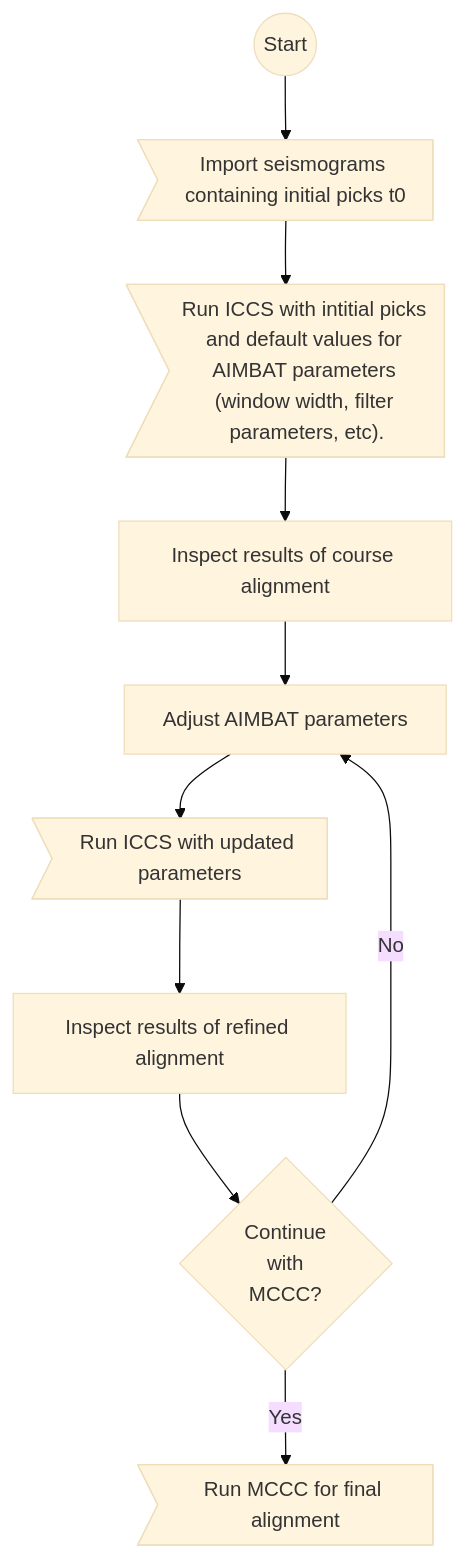
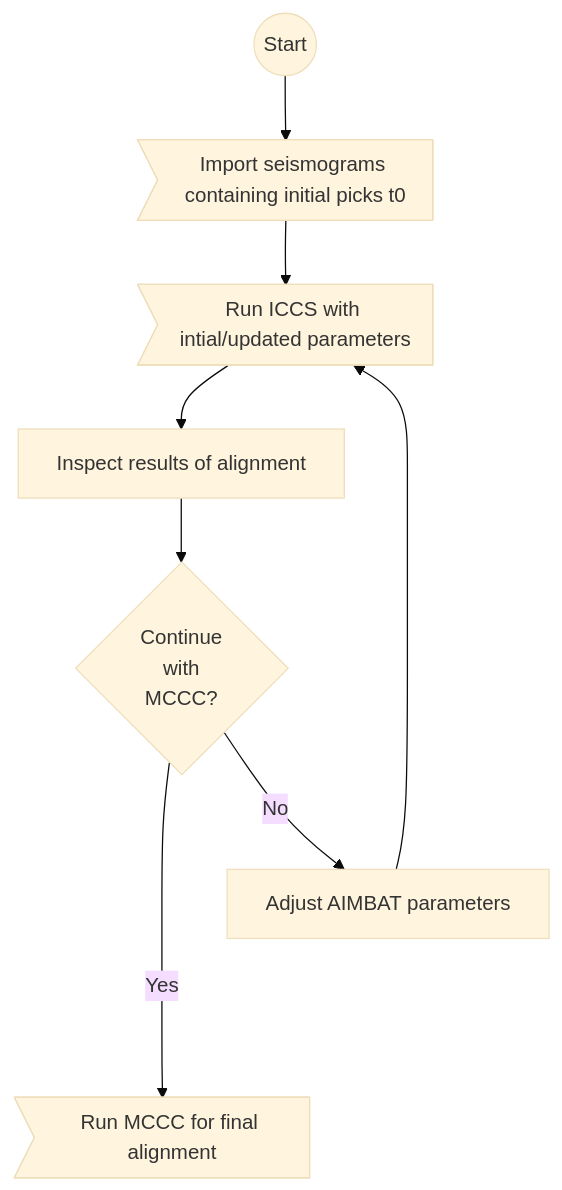
Before and after one commit to pysmo/aimbat: the second of 3 diagrams in docs/first-steps/workflow.md, drawn with Mermaid (base theme). The commit also changed 21 other files, not shown here.

````diff
--- a/docs/first-steps/workflow.md
+++ b/docs/first-steps/workflow.md
@@ -29,14 +29,14 @@
 ``` mermaid
 flowchart TD
-  A@{ shape: circle, label: "Start"} --> B>Import seismograms containing initial picks t0];
-  B --> C>"Run ICCS with intitial picks and default values for AIMBAT parameters (window width, filter parameters, etc)."];
-  C --> D[Inspect results of course alignment];
-  D --> E[Adjust AIMBAT parameters];
-  E --> F>Run ICCS with updated parameters]
-  F --> G[Inspect results of refined alignment];
+  A@{ shape: circle, label: "Start"}
+  A --> B>Import seismograms containing initial picks t0];
+  B --> F
+  E[Adjust AIMBAT parameters];
+  E --> F>Run ICCS with intial/updated parameters]
+  F --> G[Inspect results of alignment];
   G --> H{"Continue
           with
           MCCC?"}
-  H -->|Yes| M>"Run MCCC for final alignment"];
+  H ---->|Yes| M>"Run MCCC for final alignment"];
   H -->|No| E;
 ```
````
